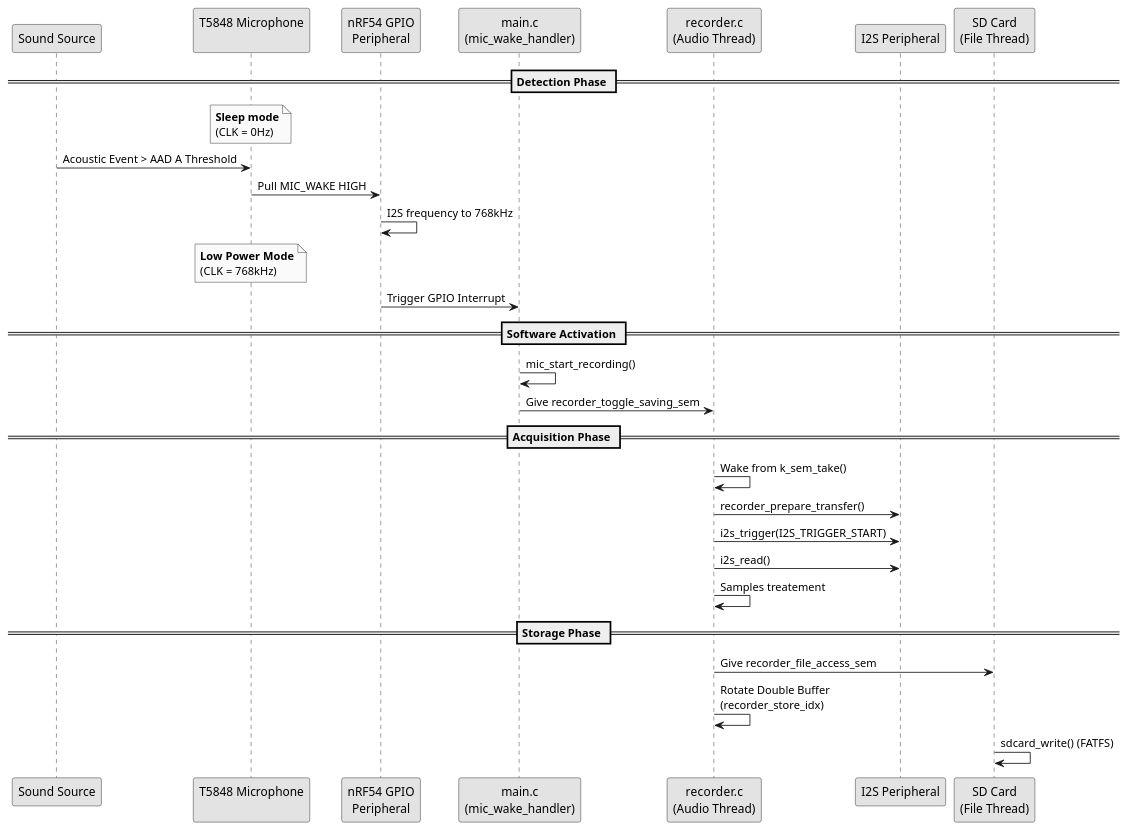
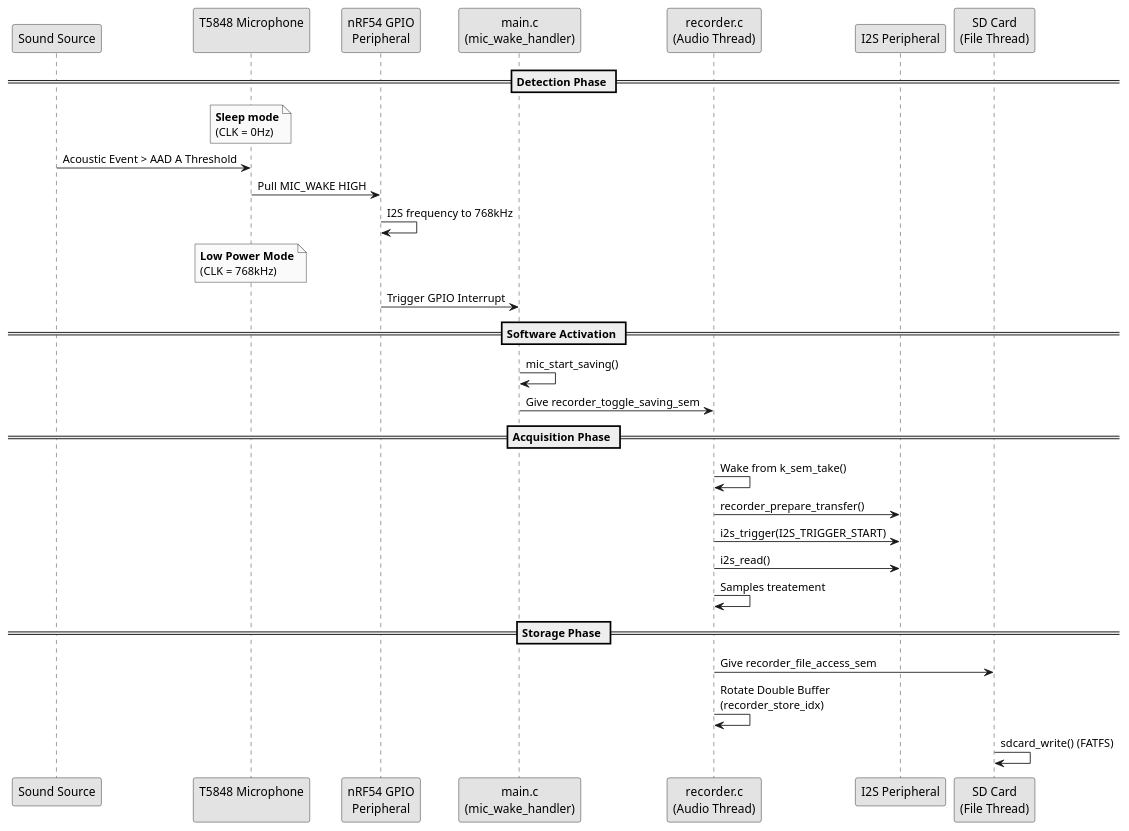
The diagram in 03-Software/nrf-monkey-main/uml/sequences/wake_up.puml (DrinkDark/Master_TM_DataCollar), drawn with PlantUML before and after one commit. The commit also changed 15 other files, not shown here.

Commit message:
uml updated

```diff
--- a/03-Software/nrf-monkey-main/uml/sequences/wake_up.puml
+++ b/03-Software/nrf-monkey-main/uml/sequences/wake_up.puml
@@ -1,34 +1,34 @@
 @startuml
 skinparam monochrome true
 participant "Sound Source" as Env
 participant "T5848 Microphone\n" as Mic
 participant "nRF54 GPIO\nPeripheral" as GPIO
 participant "main.c\n(mic_wake_handler)" as ISR
 participant "recorder.c\n(Audio Thread)" as RecThread
 participant "I2S Peripheral" as I2S
 participant "SD Card\n(File Thread)" as SD
 
 == Detection Phase ==
 note over Mic : **Sleep mode**\n(CLK = 0Hz)
 Env -> Mic : Acoustic Event > AAD A Threshold
 Mic -> GPIO : Pull MIC_WAKE HIGH
 GPIO -> GPIO : I2S frequency to 768kHz
 note over Mic : **Low Power Mode**\n(CLK = 768kHz)
 GPIO -> ISR : Trigger GPIO Interrupt
 
 == Software Activation ==
-ISR -> ISR : mic_start_recording()
+ISR -> ISR : mic_start_saving()
 ISR -> RecThread : Give recorder_toggle_saving_sem
 
 == Acquisition Phase ==
 RecThread -> RecThread : Wake from k_sem_take()
 RecThread -> I2S : recorder_prepare_transfer()
 RecThread -> I2S : i2s_trigger(I2S_TRIGGER_START)
 RecThread -> I2S : i2s_read()
 RecThread -> RecThread : Samples treatement
 
 == Storage Phase ==
 RecThread -> SD : Give recorder_file_access_sem
 RecThread -> RecThread : Rotate Double Buffer\n(recorder_store_idx)
 SD -> SD : sdcard_write() (FATFS)
 @enduml
```
